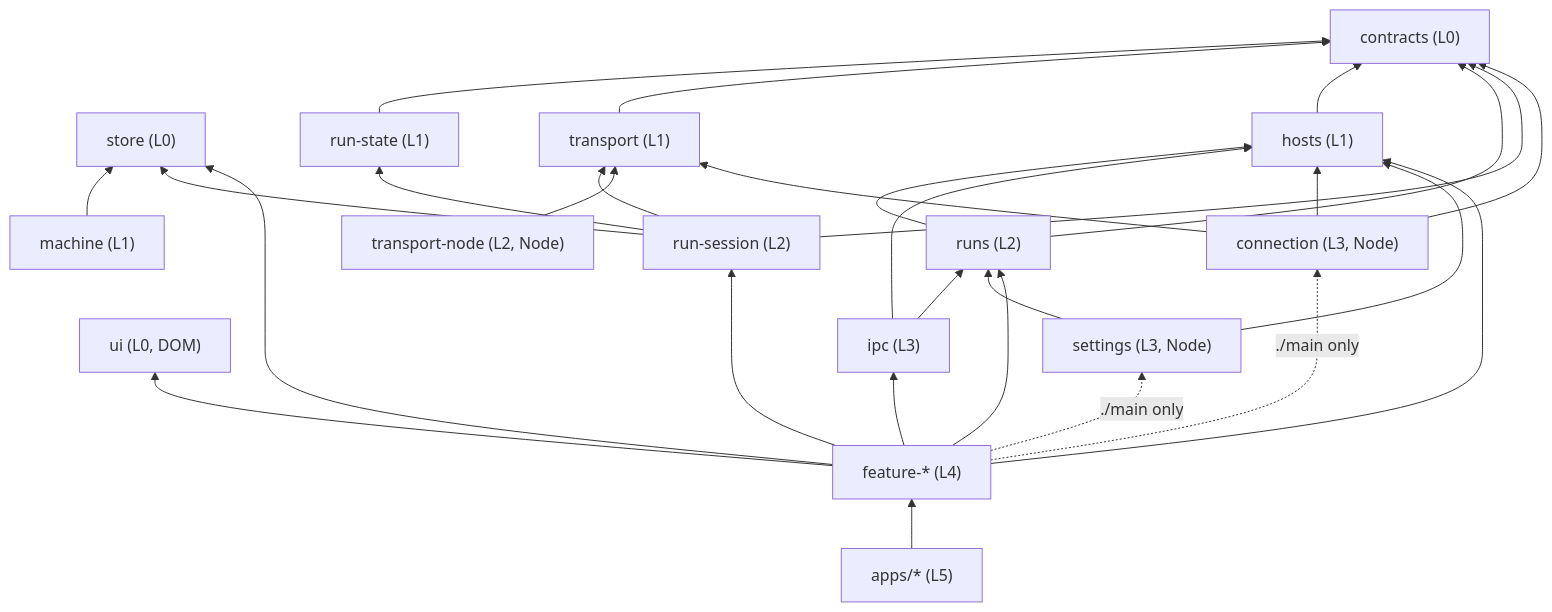
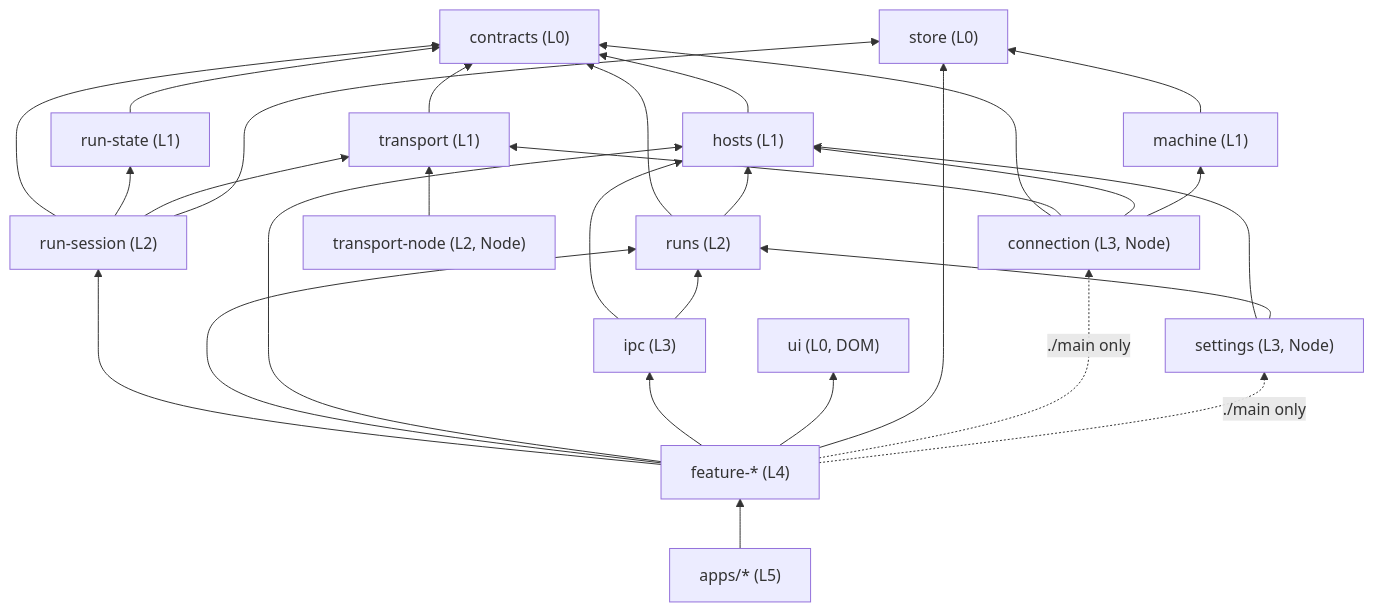
Before and after one commit to 6Mikao9/vibesys: the diagram in docs/contributing/clients-architecture.md, drawn with Mermaid. The commit also changed other lines of this file and 11 other files, not shown here.

First line of the commit message:
refactor(connection): run the host connection on an XState machine (#2149)

````diff
--- a/docs/contributing/clients-architecture.md
+++ b/docs/contributing/clients-architecture.md
@@ -69,19 +70,19 @@
 ```mermaid
 flowchart BT
   contracts["contracts (L0)"]
   ui["ui (L0, DOM)"]
   store["store (L0)"]
   run-state["run-state (L1)"] --> contracts
   transport["transport (L1)"] --> contracts
   hosts["hosts (L1)"] --> contracts
   runs["runs (L2)"] --> contracts & hosts
   machine["machine (L1)"] --> store
   run-session["run-session (L2)"] --> contracts & run-state & transport & store
   transport-node["transport-node (L2, Node)"] --> transport
   ipc["ipc (L3)"] --> hosts & runs
-  connection["connection (L3, Node)"] --> contracts & transport & hosts
+  connection["connection (L3, Node)"] --> contracts & transport & hosts & machine
   settings["settings (L3, Node)"] --> hosts & runs
   features["feature-* (L4)"] --> run-session & runs & hosts & ipc & ui & store
   features -. "./main only" .-> connection & settings
   apps["apps/* (L5)"] --> features
 ```
````
